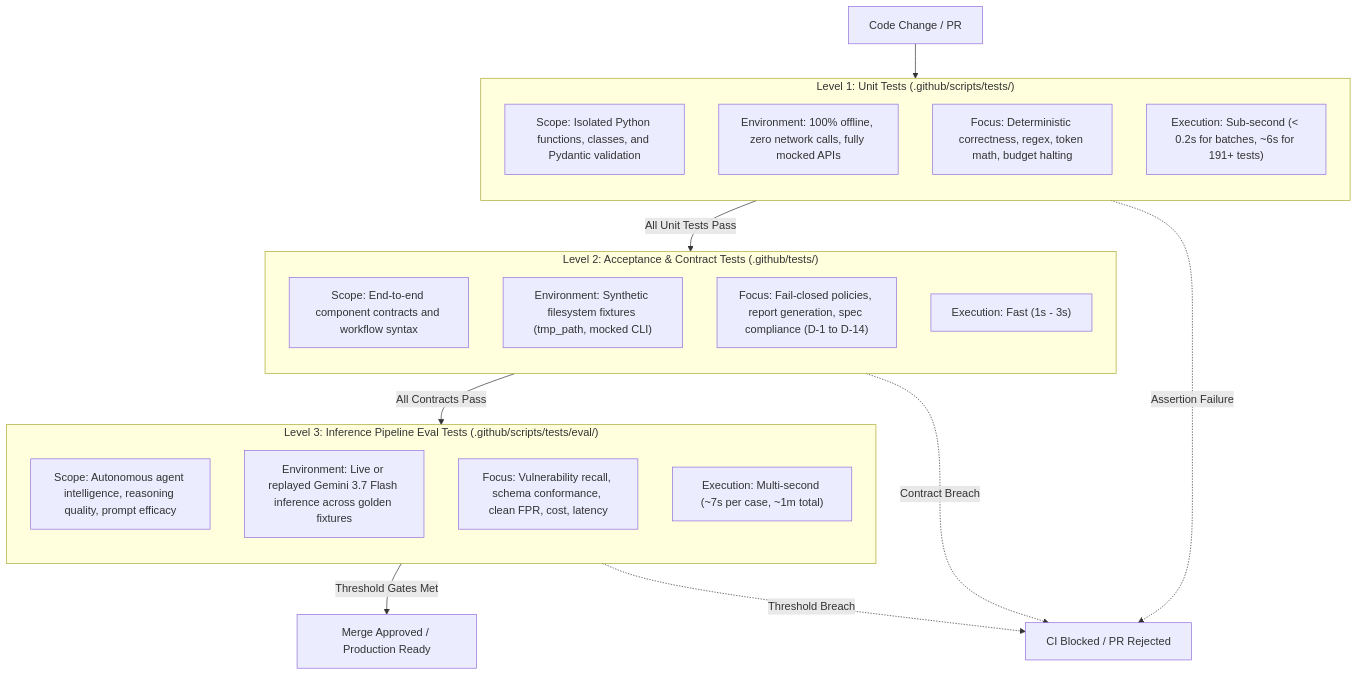
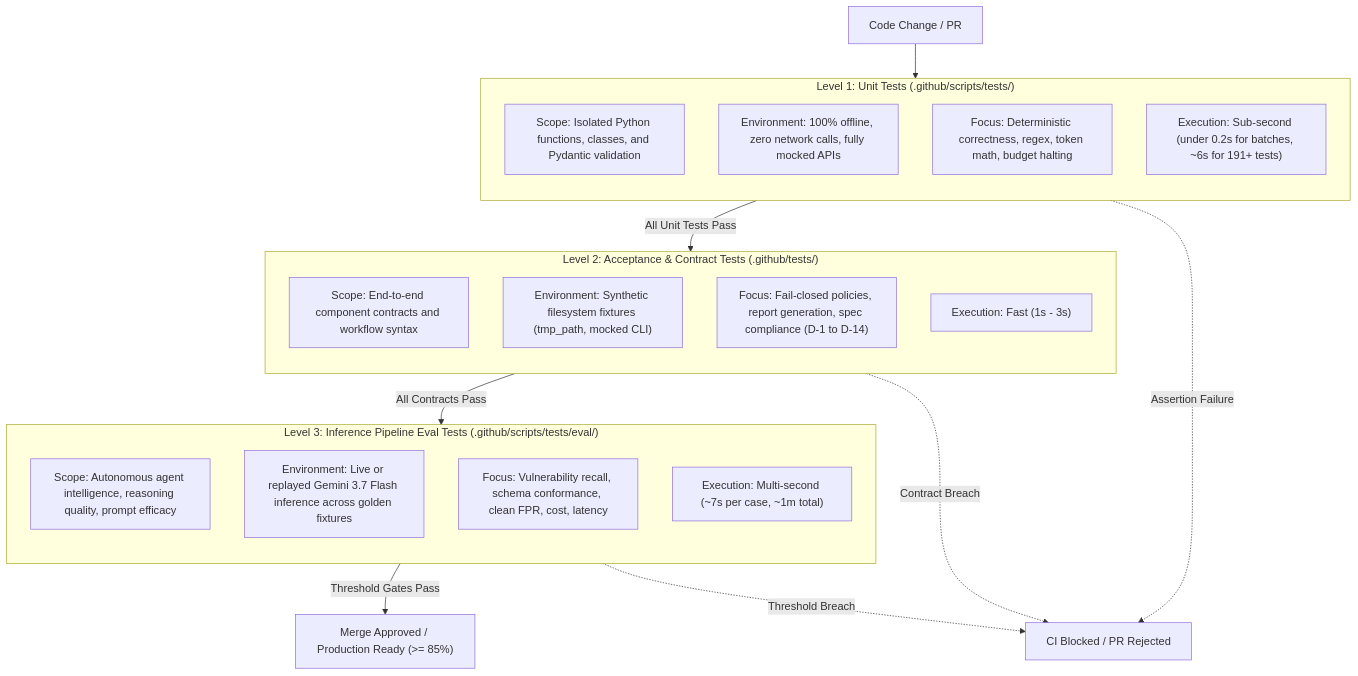
Before and after one commit to ypenn21/adk-agents: the fourth of 7 diagrams in .github/CI_CD.md, drawn with Mermaid.

Commit message:
update pipeline

````diff
--- a/.github/CI_CD.md
+++ b/.github/CI_CD.md
@@ -354,35 +354,35 @@
 ```mermaid
 flowchart TD
     subgraph L1 ["Level 1: Unit Tests (.github/scripts/tests/)"]
         direction TB
         U_Scope["Scope: Isolated Python functions, classes, and Pydantic validation"]
         U_Env["Environment: 100% offline, zero network calls, fully mocked APIs"]
         U_Target["Focus: Deterministic correctness, regex, token math, budget halting"]
-        U_Speed["Execution: Sub-second (< 0.2s for batches, ~6s for 191+ tests)"]
+        U_Speed["Execution: Sub-second (under 0.2s for batches, ~6s for 191+ tests)"]
     end
 
     subgraph L2 ["Level 2: Acceptance & Contract Tests (.github/tests/)"]
         direction TB
         A_Scope["Scope: End-to-end component contracts and workflow syntax"]
         A_Env["Environment: Synthetic filesystem fixtures (tmp_path, mocked CLI)"]
         A_Target["Focus: Fail-closed policies, report generation, spec compliance (D-1 to D-14)"]
         A_Speed["Execution: Fast (1s - 3s)"]
     end
 
     subgraph L3 ["Level 3: Inference Pipeline Eval Tests (.github/scripts/tests/eval/)"]
         direction TB
         E_Scope["Scope: Autonomous agent intelligence, reasoning quality, prompt efficacy"]
         E_Env["Environment: Live or replayed Gemini 3.7 Flash inference across golden fixtures"]
         E_Target["Focus: Vulnerability recall, schema conformance, clean FPR, cost, latency"]
         E_Speed["Execution: Multi-second (~7s per case, ~1m total)"]
     end
 
     CodeChange["Code Change / PR"] --> L1
     L1 -->|All Unit Tests Pass| L2
     L2 -->|All Contracts Pass| L3
-    L3 -->|Threshold Gates Met| MergeApproved["Merge Approved / Production Ready"]
+    L3 -->|Threshold Gates Pass| MergeApproved["Merge Approved / Production Ready (>= 85%)"]
 
     L1 -.->|Assertion Failure| Reject["CI Blocked / PR Rejected"]
     L2 -.->|Contract Breach| Reject
     L3 -.->|Threshold Breach| Reject
 ```
````
